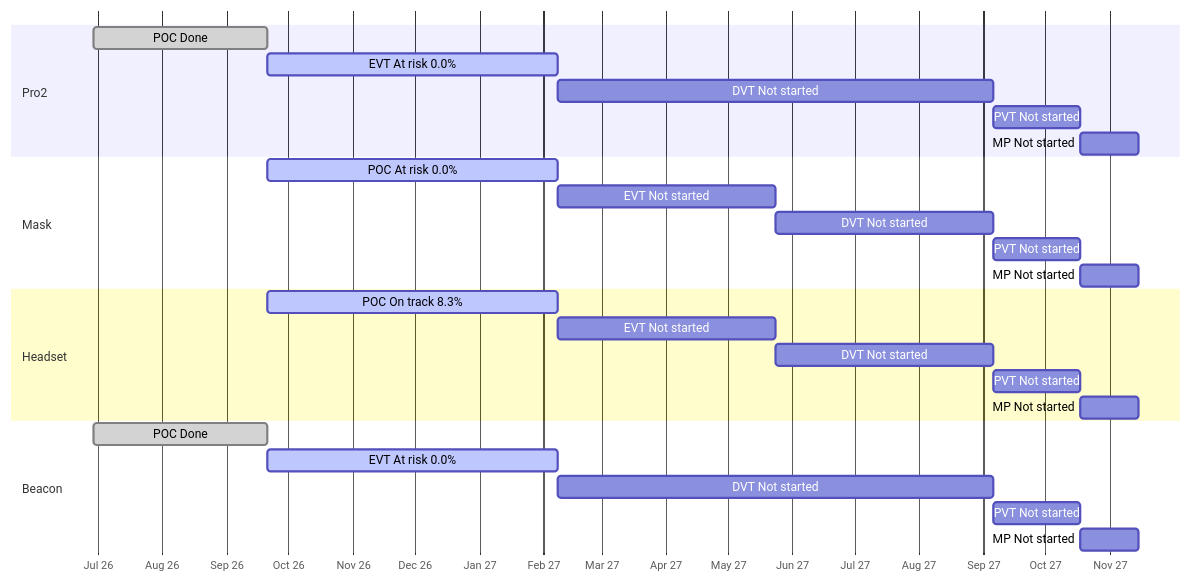
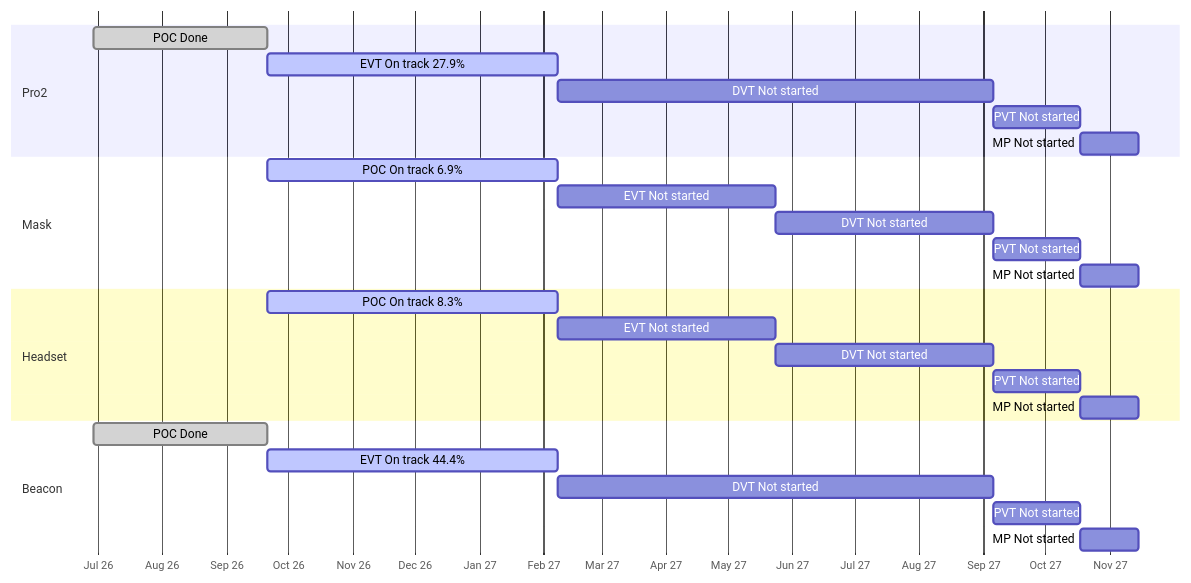
One commit to cangle-zenatech/zena-llm changed the diagram in team-wiki/knowledge/portfolio/2026-10-13-rollup.md. Above: the diagram before and after it, drawn with Mermaid. The commit also changed other lines of this file and 7 other files, not shown here.

````diff
--- a/team-wiki/knowledge/portfolio/2026-10-13-rollup.md
+++ b/team-wiki/knowledge/portfolio/2026-10-13-rollup.md
@@ -43,30 +51,30 @@
 ```mermaid
 gantt
     dateFormat YYYY-MM-DD
     axisFormat %b %y
     todayMarker on
     section Pro2
     POC Done :done, pro2poc, 2026-06-29, 2026-09-21
-    EVT At risk 0.0% :active, pro2evt, 2026-09-21, 2027-02-08
+    EVT On track 27.9% :active, pro2evt, 2026-09-21, 2027-02-08
     DVT Not started :pro2dvt, 2027-02-08, 2027-09-06
     PVT Not started :pro2pvt, 2027-09-06, 2027-10-18
     MP Not started :pro2mp, 2027-10-18, 2027-11-15
     section Mask
-    POC At risk 0.0% :active, maskpoc, 2026-09-21, 2027-02-08
+    POC On track 6.9% :active, maskpoc, 2026-09-21, 2027-02-08
     EVT Not started :maskevt, 2027-02-08, 2027-05-24
     DVT Not started :maskdvt, 2027-05-24, 2027-09-06
     PVT Not started :maskpvt, 2027-09-06, 2027-10-18
     MP Not started :maskmp, 2027-10-18, 2027-11-15
     section Headset
     POC On track 8.3% :active, headsetpoc, 2026-09-21, 2027-02-08
     EVT Not started :headsetevt, 2027-02-08, 2027-05-24
     DVT Not started :headsetdvt, 2027-05-24, 2027-09-06
     PVT Not started :headsetpvt, 2027-09-06, 2027-10-18
     MP Not started :headsetmp, 2027-10-18, 2027-11-15
     section Beacon
     POC Done :done, beaconpoc, 2026-06-29, 2026-09-21
-    EVT At risk 0.0% :active, beaconevt, 2026-09-21, 2027-02-08
+    EVT On track 44.4% :active, beaconevt, 2026-09-21, 2027-02-08
     DVT Not started :beacondvt, 2027-02-08, 2027-09-06
     PVT Not started :beaconpvt, 2027-09-06, 2027-10-18
     MP Not started :beaconmp, 2027-10-18, 2027-11-15
 ```
````
